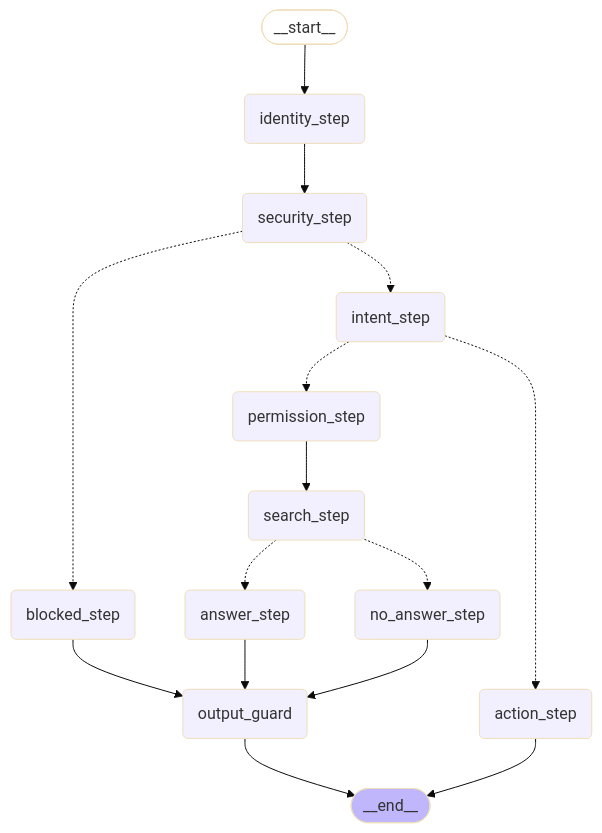
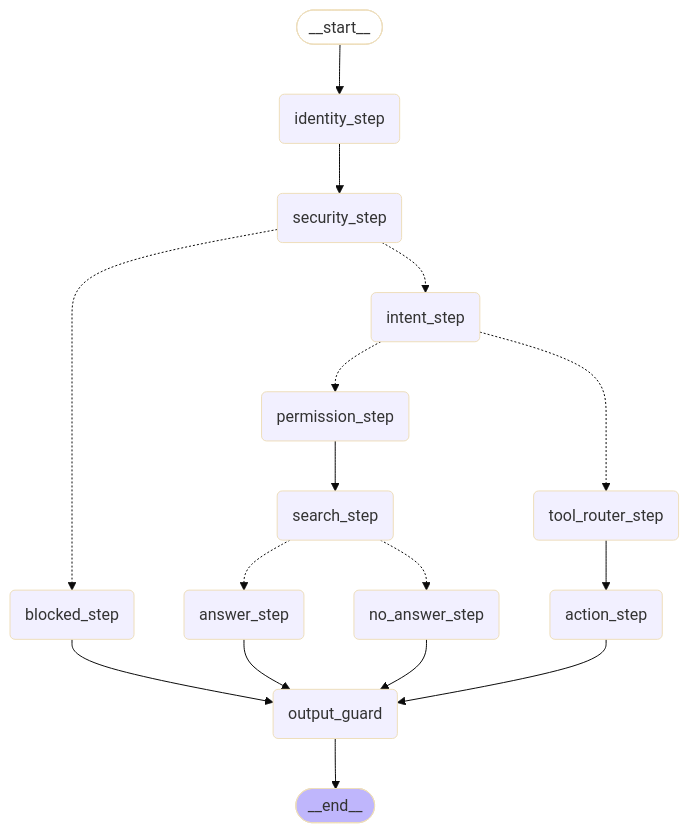
The diagram in README.md (ADanUser/corporate-ai-assistant), drawn with Mermaid (base theme) before and after one commit. The commit also changed other lines of this file and 6 other files, not shown here.

````diff
--- a/README.md
+++ b/README.md
@@ -103,32 +163,34 @@
 ```mermaid
 graph TD;
         __start__([<p>__start__</p>]):::first
         identity_step(identity_step)
         security_step(security_step)
         blocked_step(blocked_step)
         output_guard(output_guard)
         intent_step(intent_step)
         permission_step(permission_step)
         search_step(search_step)
         answer_step(answer_step)
         no_answer_step(no_answer_step)
         action_step(action_step)
+        tool_router_step(tool_router_step)
         __end__([<p>__end__</p>]):::last
         __start__ --> identity_step;
-        action_step --> __end__;
+        action_step --> output_guard;
         answer_step --> output_guard;
         blocked_step --> output_guard;
         identity_step --> security_step;
         no_answer_step --> output_guard;
         output_guard --> __end__;
         permission_step --> search_step;
+        tool_router_step --> action_step;
         security_step -.-> blocked_step;
         security_step -.-> intent_step;
         intent_step -.-> permission_step;
-        intent_step -.-> action_step;
+        intent_step -.-> tool_router_step;
         search_step -.-> answer_step;
         search_step -.-> no_answer_step;
         classDef default fill:#f2f0ff,line-height:1.2
         classDef first fill-opacity:0
         classDef last fill:#bfb6fc
 ```
````
